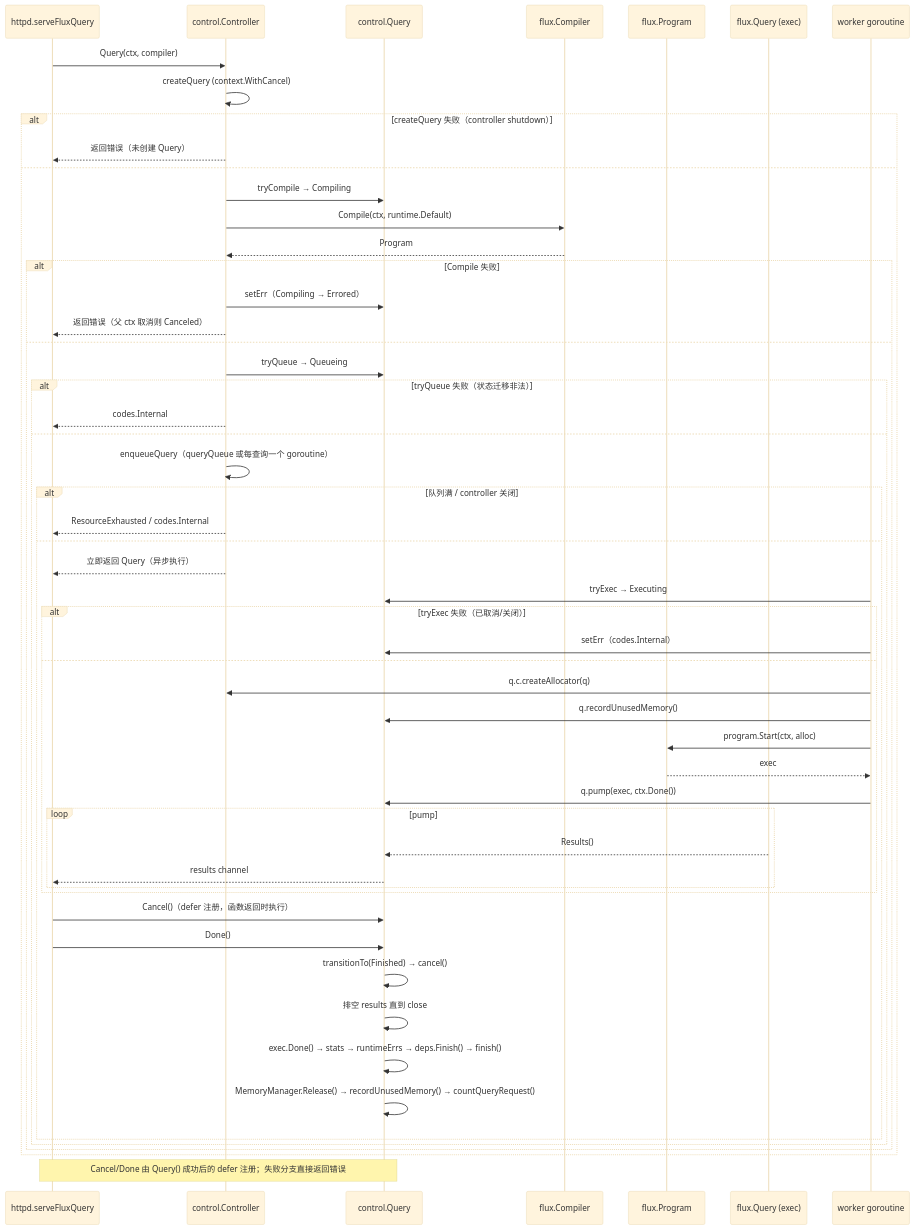
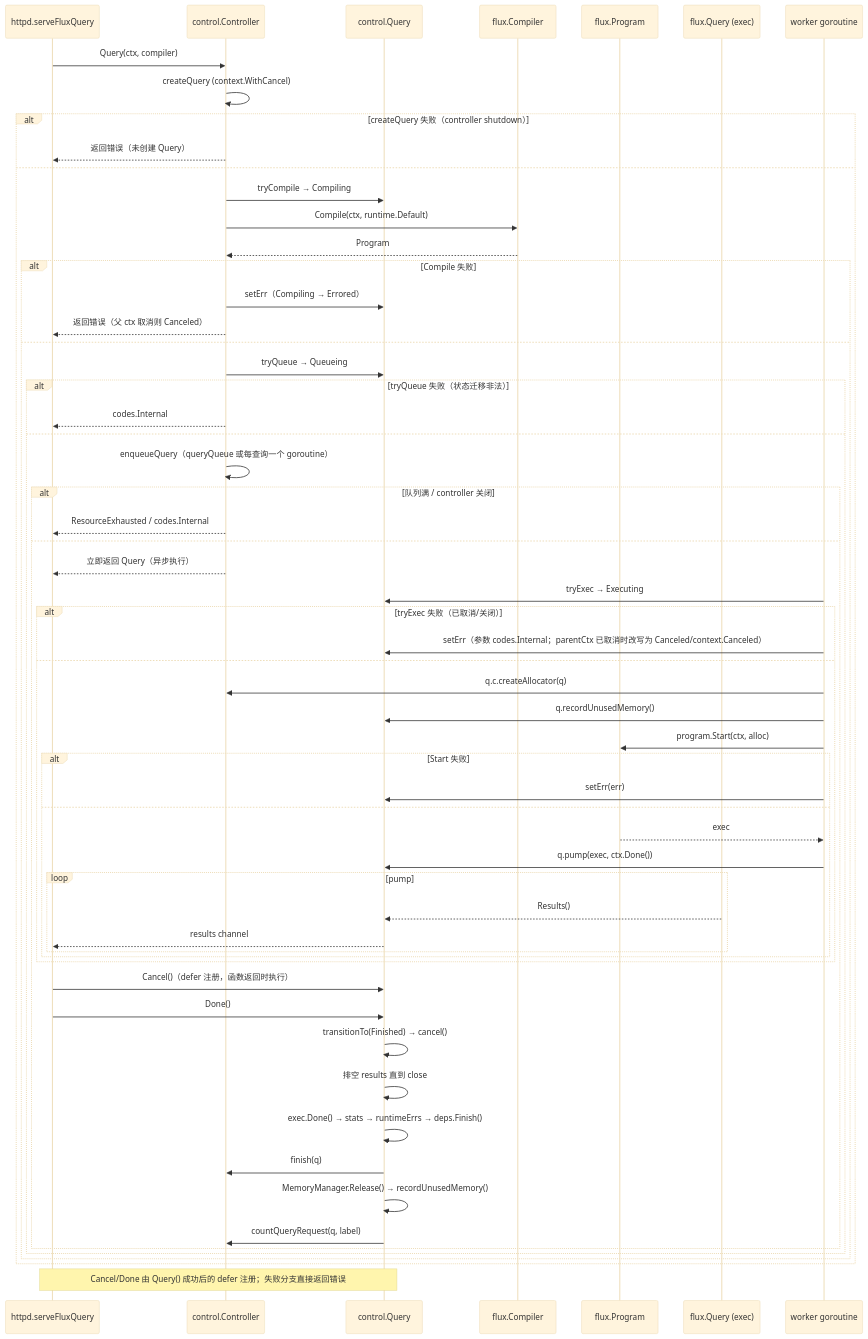
Before and after one commit to stefanv5/influxdb: the second of 9 diagrams in docs/specs/v1.8.10-vs-v1.12.3/03_query_engine_diff.md, drawn with Mermaid (base theme). The commit also changed other lines of this file and 16 other files, not shown here.

````diff
--- a/docs/specs/v1.8.10-vs-v1.12.3/03_query_engine_diff.md
+++ b/docs/specs/v1.8.10-vs-v1.12.3/03_query_engine_diff.md
@@ -162,57 +162,63 @@
 ```mermaid
 sequenceDiagram
     participant H as httpd.serveFluxQuery
     participant C as control.Controller
     participant Q as control.Query
     participant K as flux.Compiler
     participant P as flux.Program
     participant X as flux.Query (exec)
     participant W as worker goroutine
 
     H->>C: Query(ctx, compiler)
     C->>C: createQuery (context.WithCancel)
     alt createQuery 失败（controller shutdown）
         C-->>H: 返回错误（未创建 Query）
     else
         C->>Q: tryCompile → Compiling
         C->>K: Compile(ctx, runtime.Default)
         K-->>C: Program
         alt Compile 失败
             C->>Q: setErr（Compiling → Errored）
             C-->>H: 返回错误（父 ctx 取消则 Canceled）
         else
             C->>Q: tryQueue → Queueing
             alt tryQueue 失败（状态迁移非法）
                 C-->>H: codes.Internal
             else
                 C->>C: enqueueQuery（queryQueue 或每查询一个 goroutine）
                 alt 队列满 / controller 关闭
                     C-->>H: ResourceExhausted / codes.Internal
                 else
                     C-->>H: 立即返回 Query（异步执行）
                     W->>Q: tryExec → Executing
                     alt tryExec 失败（已取消/关闭）
-                        W->>Q: setErr（codes.Internal）
+                        W->>Q: setErr（参数 codes.Internal；parentCtx 已取消时改写为 Canceled/context.Canceled）
                     else
                         W->>C: q.c.createAllocator(q)
                         W->>Q: q.recordUnusedMemory()
                         W->>P: program.Start(ctx, alloc)
-                        P-->>W: exec
-                        W->>Q: q.pump(exec, ctx.Done())
-                        loop pump
-                            X-->>Q: Results()
-                            Q-->>H: results channel
+                        alt Start 失败
+                            W->>Q: setErr(err)
+                        else
+                            P-->>W: exec
+                            W->>Q: q.pump(exec, ctx.Done())
+                            loop pump
+                                X-->>Q: Results()
+                                Q-->>H: results channel
+                            end
                         end
                     end
                     H->>Q: Cancel()（defer 注册，函数返回时执行）
                     H->>Q: Done()
                     Q->>Q: transitionTo(Finished) → cancel()
                     Q->>Q: 排空 results 直到 close
-                    Q->>Q: exec.Done() → stats → runtimeErrs → deps.Finish() → finish()
-                    Q->>Q: MemoryManager.Release() → recordUnusedMemory() → countQueryRequest()
+                    Q->>Q: exec.Done() → stats → runtimeErrs → deps.Finish()
+                    Q->>C: finish(q)
+                    Q->>Q: MemoryManager.Release() → recordUnusedMemory()
+                    Q->>C: countQueryRequest(q, label)
                 end
             end
         end
     end
     Note over H,Q: Cancel/Done 由 Query() 成功后的 defer 注册；失败分支直接返回错误
 ```
````
